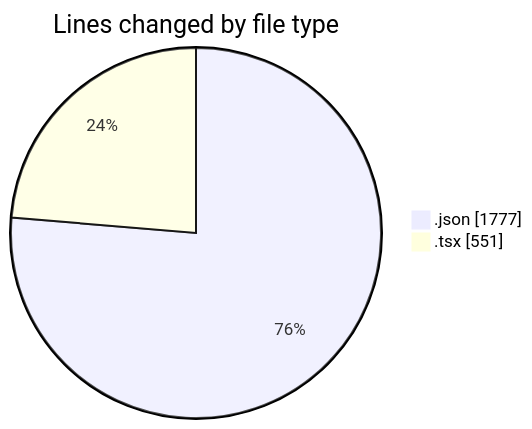
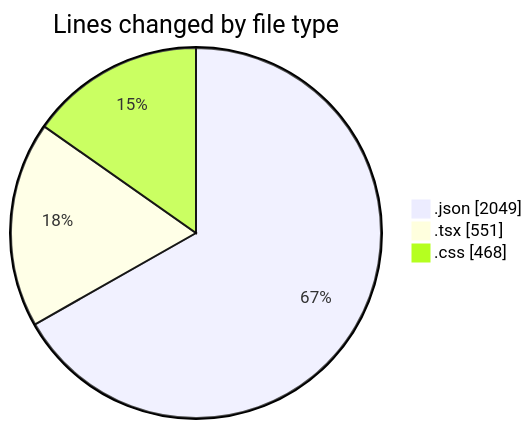
Before and after one commit to EIIisD/code-tracking: the first of 2 diagrams in 2025-08-14/ribbon/README.md, drawn with Mermaid. The commit also changed other lines of this file and 1 other file, not shown here.

````diff
--- a/2025-08-14/ribbon/README.md
+++ b/2025-08-14/ribbon/README.md
@@ -25,6 +27,7 @@
 ```mermaid
 pie showData
 title Lines changed by file type
-".json" : 1777
+".json" : 2049
 ".tsx" : 551
+".css" : 468
 ```
````
